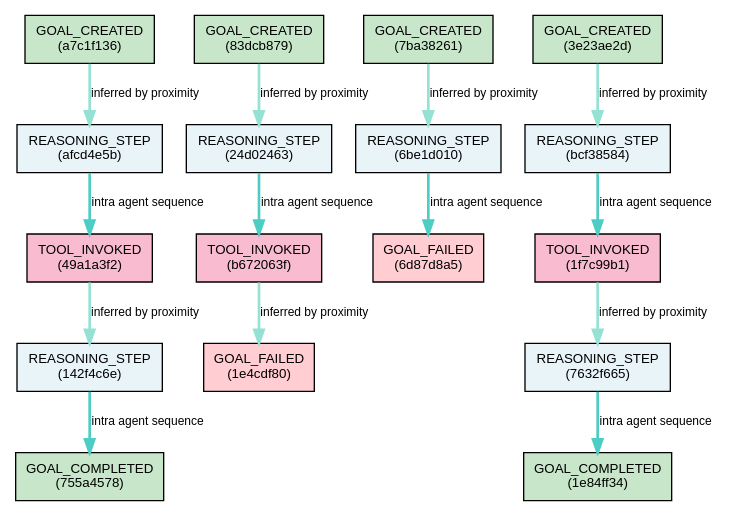
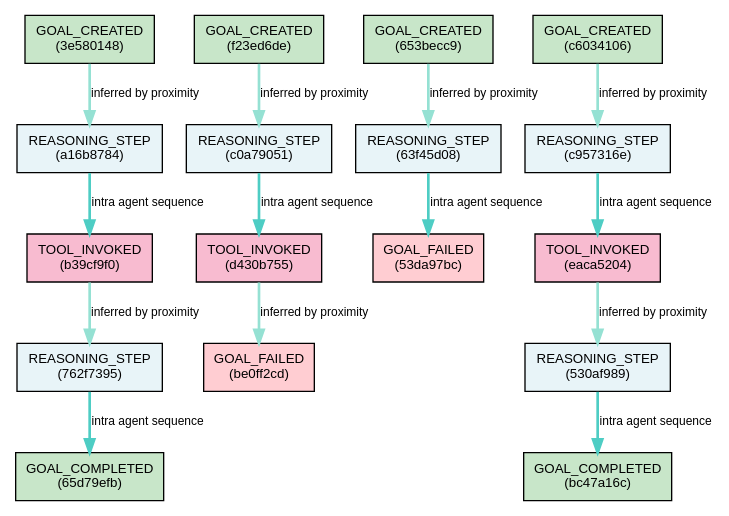
Before and after one commit to miltzhaw/langraph_playground: the diagram in realistic_dag.dot, drawn with Graphviz. The commit also changed 4 other files, not shown here.

Commit message:
improved graphic visualization

```diff
--- a/realistic_dag.dot
+++ b/realistic_dag.dot
@@ -1,39 +1,39 @@
 
 digraph CausalDAG {
     rankdir=TB;
     bgcolor=white;
     node [shape=box, style=filled, fontname="Arial", fontsize=10];
     edge [fontname="Arial", fontsize=9];
     
-        "a7c1f136-4612-4567-9681-221fe1f200a4" [label="GOAL_CREATED\n(a7c1f136)", fillcolor="#C8E6C9"];
-    "afcd4e5b-d732-402f-b470-b179ac219e31" [label="REASONING_STEP\n(afcd4e5b)", fillcolor="#E8F4F8"];
-    "49a1a3f2-7fa1-454b-b245-346a82273d99" [label="TOOL_INVOKED\n(49a1a3f2)", fillcolor="#F8BBD0"];
-    "142f4c6e-d5ee-4586-a6d1-623b17be8117" [label="REASONING_STEP\n(142f4c6e)", fillcolor="#E8F4F8"];
-    "755a4578-caf3-4cc2-9799-07ec0d6e3a9c" [label="GOAL_COMPLETED\n(755a4578)", fillcolor="#C8E6C9"];
-    "83dcb879-0b81-4f9f-9128-534e623c4eea" [label="GOAL_CREATED\n(83dcb879)", fillcolor="#C8E6C9"];
-    "24d02463-ee32-4b67-ad29-36ba68854415" [label="REASONING_STEP\n(24d02463)", fillcolor="#E8F4F8"];
-    "b672063f-64c8-4ba4-866b-7d61973ffb14" [label="TOOL_INVOKED\n(b672063f)", fillcolor="#F8BBD0"];
-    "1e4cdf80-3c5c-4d70-af3c-2a01a4acb62f" [label="GOAL_FAILED\n(1e4cdf80)", fillcolor="#FFCDD2"];
-    "7ba38261-5f7d-492c-a755-5039a2caa6ad" [label="GOAL_CREATED\n(7ba38261)", fillcolor="#C8E6C9"];
-    "6be1d010-a15f-4921-a407-63c373996918" [label="REASONING_STEP\n(6be1d010)", fillcolor="#E8F4F8"];
-    "6d87d8a5-1849-493e-8ef7-b9c87e475292" [label="GOAL_FAILED\n(6d87d8a5)", fillcolor="#FFCDD2"];
-    "3e23ae2d-b8aa-4a58-abf4-a69fbe3dc4ee" [label="GOAL_CREATED\n(3e23ae2d)", fillcolor="#C8E6C9"];
-    "bcf38584-fe33-4a34-9e75-03b29af092e8" [label="REASONING_STEP\n(bcf38584)", fillcolor="#E8F4F8"];
-    "1f7c99b1-473d-45dd-9af2-3743297e7fda" [label="TOOL_INVOKED\n(1f7c99b1)", fillcolor="#F8BBD0"];
-    "7632f665-86d3-459f-86a5-486ee746b743" [label="REASONING_STEP\n(7632f665)", fillcolor="#E8F4F8"];
-    "1e84ff34-c169-4656-af93-ecfa78dd357c" [label="GOAL_COMPLETED\n(1e84ff34)", fillcolor="#C8E6C9"];
+        "3e580148-7582-4d67-90ae-737bff114339" [label="GOAL_CREATED\n(3e580148)", fillcolor="#C8E6C9"];
+    "a16b8784-f832-4e68-9e89-13ee1b873d0f" [label="REASONING_STEP\n(a16b8784)", fillcolor="#E8F4F8"];
+    "b39cf9f0-1227-4077-af48-62da61a324be" [label="TOOL_INVOKED\n(b39cf9f0)", fillcolor="#F8BBD0"];
+    "762f7395-25dc-4221-99f0-1004010b7a26" [label="REASONING_STEP\n(762f7395)", fillcolor="#E8F4F8"];
+    "65d79efb-3b17-4a2a-b64d-66c9c034275f" [label="GOAL_COMPLETED\n(65d79efb)", fillcolor="#C8E6C9"];
+    "f23ed6de-7d14-49ae-beb2-a41c7edaec1e" [label="GOAL_CREATED\n(f23ed6de)", fillcolor="#C8E6C9"];
+    "c0a79051-218a-40b2-b590-73ee9dfaa8f4" [label="REASONING_STEP\n(c0a79051)", fillcolor="#E8F4F8"];
+    "d430b755-4b13-4219-8432-8c582b2eb4dd" [label="TOOL_INVOKED\n(d430b755)", fillcolor="#F8BBD0"];
+    "be0ff2cd-2ff7-46c7-809c-4a65f57b2cb5" [label="GOAL_FAILED\n(be0ff2cd)", fillcolor="#FFCDD2"];
+    "653becc9-6f4d-42d4-beb7-8c242d89d380" [label="GOAL_CREATED\n(653becc9)", fillcolor="#C8E6C9"];
+    "63f45d08-daf4-4c00-b927-8ebf0b385abb" [label="REASONING_STEP\n(63f45d08)", fillcolor="#E8F4F8"];
+    "53da97bc-5fe7-46ff-ae35-f320d3877696" [label="GOAL_FAILED\n(53da97bc)", fillcolor="#FFCDD2"];
+    "c6034106-04dc-4bd6-8e30-8a7ba3b2b222" [label="GOAL_CREATED\n(c6034106)", fillcolor="#C8E6C9"];
+    "c957316e-a641-439e-8d7c-b2fe4af16f8d" [label="REASONING_STEP\n(c957316e)", fillcolor="#E8F4F8"];
+    "eaca5204-7d2b-449f-ac40-bd6a330f6a8a" [label="TOOL_INVOKED\n(eaca5204)", fillcolor="#F8BBD0"];
+    "530af989-4bfc-40f7-9d98-dd5c4d95adba" [label="REASONING_STEP\n(530af989)", fillcolor="#E8F4F8"];
+    "bc47a16c-793d-41f8-8621-e6fff95e67e1" [label="GOAL_COMPLETED\n(bc47a16c)", fillcolor="#C8E6C9"];
     
-        "83dcb879-0b81-4f9f-9128-534e623c4eea" -> "24d02463-ee32-4b67-ad29-36ba68854415" [label="inferred by proximity", color="#95E1D3", penwidth=2.0];
-    "b672063f-64c8-4ba4-866b-7d61973ffb14" -> "1e4cdf80-3c5c-4d70-af3c-2a01a4acb62f" [label="inferred by proximity", color="#95E1D3", penwidth=2.0];
-    "a7c1f136-4612-4567-9681-221fe1f200a4" -> "afcd4e5b-d732-402f-b470-b179ac219e31" [label="inferred by proximity", color="#95E1D3", penwidth=2.0];
-    "49a1a3f2-7fa1-454b-b245-346a82273d99" -> "142f4c6e-d5ee-4586-a6d1-623b17be8117" [label="inferred by proximity", color="#95E1D3", penwidth=2.0];
-    "6be1d010-a15f-4921-a407-63c373996918" -> "6d87d8a5-1849-493e-8ef7-b9c87e475292" [label="intra agent sequence", color="#4ECDC4", penwidth=2.0];
-    "7632f665-86d3-459f-86a5-486ee746b743" -> "1e84ff34-c169-4656-af93-ecfa78dd357c" [label="intra agent sequence", color="#4ECDC4", penwidth=2.0];
-    "1f7c99b1-473d-45dd-9af2-3743297e7fda" -> "7632f665-86d3-459f-86a5-486ee746b743" [label="inferred by proximity", color="#95E1D3", penwidth=2.0];
-    "afcd4e5b-d732-402f-b470-b179ac219e31" -> "49a1a3f2-7fa1-454b-b245-346a82273d99" [label="intra agent sequence", color="#4ECDC4", penwidth=2.0];
-    "142f4c6e-d5ee-4586-a6d1-623b17be8117" -> "755a4578-caf3-4cc2-9799-07ec0d6e3a9c" [label="intra agent sequence", color="#4ECDC4", penwidth=2.0];
-    "24d02463-ee32-4b67-ad29-36ba68854415" -> "b672063f-64c8-4ba4-866b-7d61973ffb14" [label="intra agent sequence", color="#4ECDC4", penwidth=2.0];
-    "3e23ae2d-b8aa-4a58-abf4-a69fbe3dc4ee" -> "bcf38584-fe33-4a34-9e75-03b29af092e8" [label="inferred by proximity", color="#95E1D3", penwidth=2.0];
-    "bcf38584-fe33-4a34-9e75-03b29af092e8" -> "1f7c99b1-473d-45dd-9af2-3743297e7fda" [label="intra agent sequence", color="#4ECDC4", penwidth=2.0];
-    "7ba38261-5f7d-492c-a755-5039a2caa6ad" -> "6be1d010-a15f-4921-a407-63c373996918" [label="inferred by proximity", color="#95E1D3", penwidth=2.0];
+        "762f7395-25dc-4221-99f0-1004010b7a26" -> "65d79efb-3b17-4a2a-b64d-66c9c034275f" [label="intra agent sequence", color="#4ECDC4", penwidth=2.0];
+    "653becc9-6f4d-42d4-beb7-8c242d89d380" -> "63f45d08-daf4-4c00-b927-8ebf0b385abb" [label="inferred by proximity", color="#95E1D3", penwidth=2.0];
+    "f23ed6de-7d14-49ae-beb2-a41c7edaec1e" -> "c0a79051-218a-40b2-b590-73ee9dfaa8f4" [label="inferred by proximity", color="#95E1D3", penwidth=2.0];
+    "c957316e-a641-439e-8d7c-b2fe4af16f8d" -> "eaca5204-7d2b-449f-ac40-bd6a330f6a8a" [label="intra agent sequence", color="#4ECDC4", penwidth=2.0];
+    "a16b8784-f832-4e68-9e89-13ee1b873d0f" -> "b39cf9f0-1227-4077-af48-62da61a324be" [label="intra agent sequence", color="#4ECDC4", penwidth=2.0];
+    "3e580148-7582-4d67-90ae-737bff114339" -> "a16b8784-f832-4e68-9e89-13ee1b873d0f" [label="inferred by proximity", color="#95E1D3", penwidth=2.0];
+    "d430b755-4b13-4219-8432-8c582b2eb4dd" -> "be0ff2cd-2ff7-46c7-809c-4a65f57b2cb5" [label="inferred by proximity", color="#95E1D3", penwidth=2.0];
+    "eaca5204-7d2b-449f-ac40-bd6a330f6a8a" -> "530af989-4bfc-40f7-9d98-dd5c4d95adba" [label="inferred by proximity", color="#95E1D3", penwidth=2.0];
+    "c6034106-04dc-4bd6-8e30-8a7ba3b2b222" -> "c957316e-a641-439e-8d7c-b2fe4af16f8d" [label="inferred by proximity", color="#95E1D3", penwidth=2.0];
+    "63f45d08-daf4-4c00-b927-8ebf0b385abb" -> "53da97bc-5fe7-46ff-ae35-f320d3877696" [label="intra agent sequence", color="#4ECDC4", penwidth=2.0];
+    "c0a79051-218a-40b2-b590-73ee9dfaa8f4" -> "d430b755-4b13-4219-8432-8c582b2eb4dd" [label="intra agent sequence", color="#4ECDC4", penwidth=2.0];
+    "b39cf9f0-1227-4077-af48-62da61a324be" -> "762f7395-25dc-4221-99f0-1004010b7a26" [label="inferred by proximity", color="#95E1D3", penwidth=2.0];
+    "530af989-4bfc-40f7-9d98-dd5c4d95adba" -> "bc47a16c-793d-41f8-8621-e6fff95e67e1" [label="intra agent sequence", color="#4ECDC4", penwidth=2.0];
 }
```
